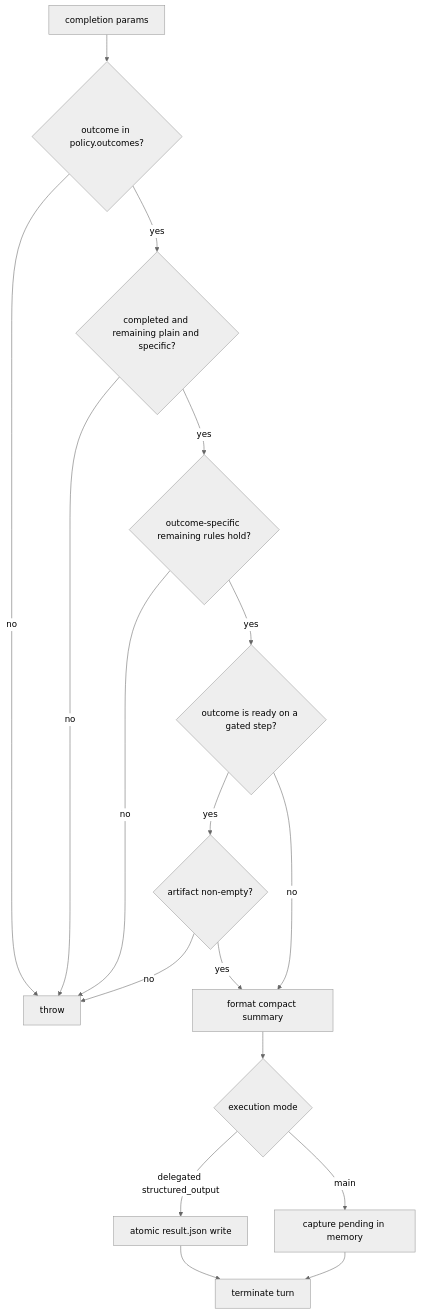
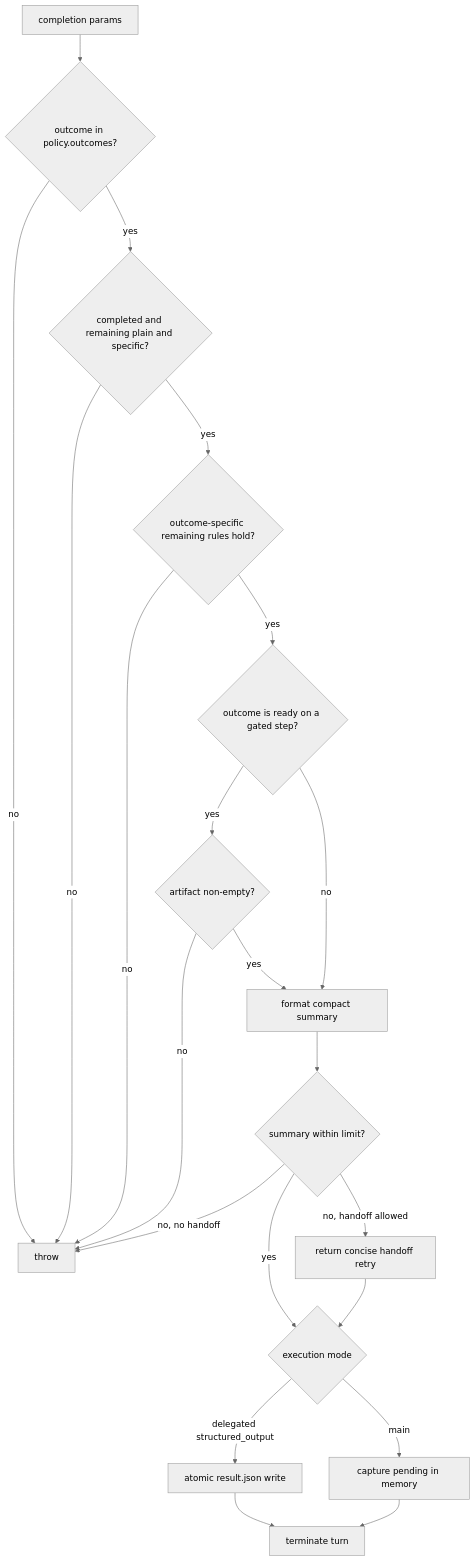
The sixth of 7 diagrams in openwiki/security/policy-model.md (wichayutdew/pi-workflows), drawn with Mermaid (neutral theme) before and after one commit. The commit also changed other lines of this file and 8 other files, not shown here.

````diff
--- a/openwiki/security/policy-model.md
+++ b/openwiki/security/policy-model.md
@@ -104,19 +104,23 @@
 ```mermaid
 flowchart TD
   Complete[completion params] --> Outcome{outcome in policy.outcomes?}
   Outcome -- no --> Reject[throw]
   Outcome -- yes --> Handoff{completed and remaining plain and specific?}
   Handoff -- no --> Reject
   Handoff -- yes --> Semantics{outcome-specific remaining rules hold?}
   Semantics -- no --> Reject
   Semantics -- yes --> Gate{outcome is ready on a gated step?}
   Gate -- yes --> Artifact{artifact non-empty?}
   Artifact -- no --> Reject
   Artifact -- yes --> Summary[format compact summary]
   Gate -- no --> Summary
-  Summary --> Mode{execution mode}
+  Summary --> Bounds{summary within limit?}
+  Bounds -- no, handoff allowed --> AutoHandoff[return concise handoff retry]
+  Bounds -- no, no handoff --> Reject
+  Bounds -- yes --> Mode{execution mode}
+  AutoHandoff --> Mode
   Mode -- delegated structured_output --> Write[atomic result.json write]
   Mode -- main --> Capture[capture pending in memory]
   Write --> Terminate[terminate turn]
   Capture --> Terminate
 ```
````
